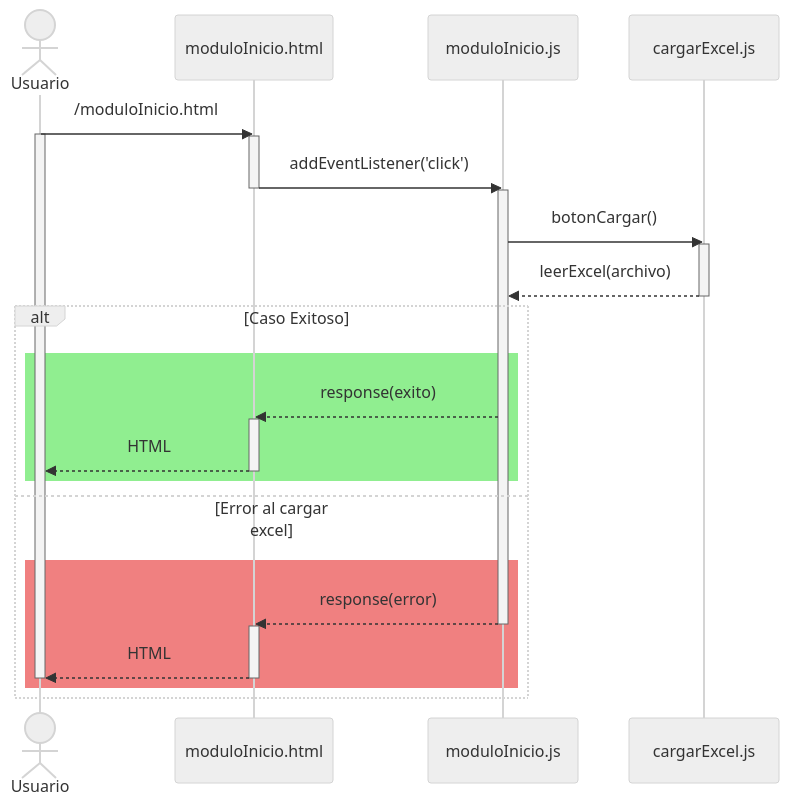
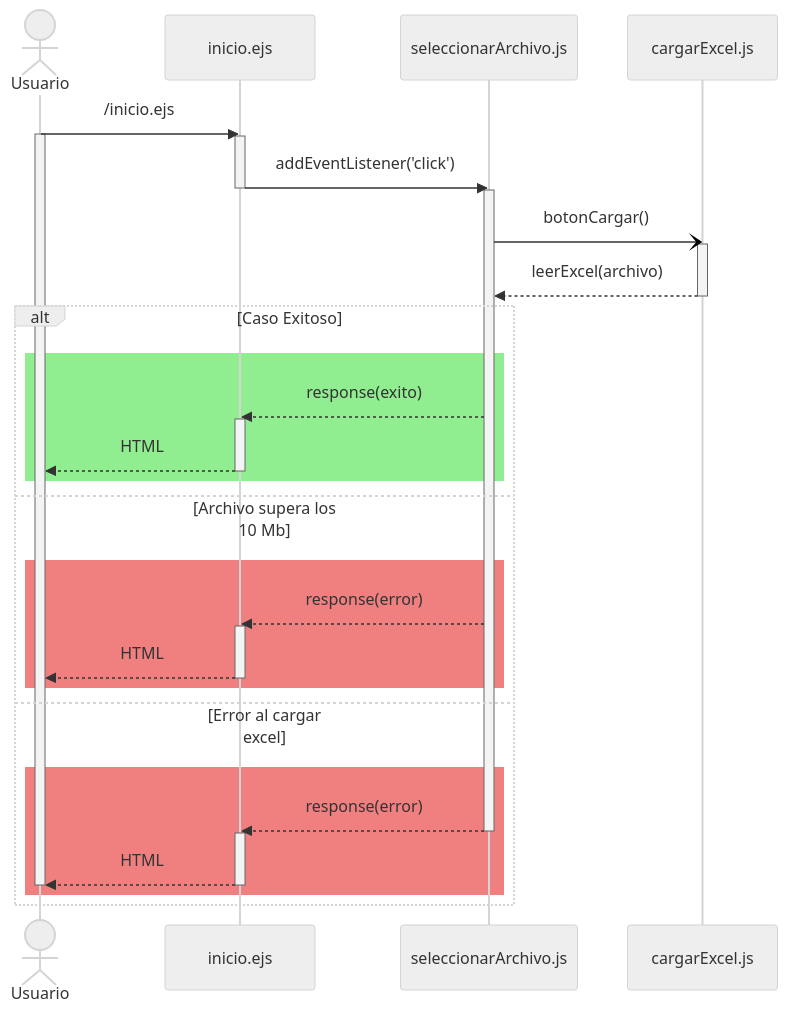
Before and after one commit to CodeAnd-Co/Documentacion: the diagram in documentation/docs/proyectos/tractores/documentacion/requisitos/HU6.md, drawn with Mermaid (neutral theme).

Commit message:
Agrecar caso alterno en HU6

````diff
--- a/documentation/docs/proyectos/tractores/documentacion/requisitos/HU6.md
+++ b/documentation/docs/proyectos/tractores/documentacion/requisitos/HU6.md
@@ -24,35 +24,42 @@
 ```mermaid
 sequenceDiagram
     actor Usuario
-    participant vistaInicio as moduloInicio.html
-    participant utilInicio as moduloInicio.js
+    participant vistaInicio as inicio.ejs
+    participant utilInicio as seleccionarArchivo.js
     participant casoUso as cargarExcel.js
 
-    Usuario->>vistaInicio: /moduloInicio.html
+    Usuario->>vistaInicio: /inicio.ejs
     activate Usuario
     activate vistaInicio
     vistaInicio->>utilInicio: addEventListener('click')
     deactivate vistaInicio
     activate utilInicio
-    utilInicio->>casoUso: botonCargar()
+    utilInicio-)casoUso: botonCargar()
     activate casoUso
     casoUso-->>utilInicio: leerExcel(archivo)
     deactivate casoUso
     alt Caso Exitoso
         rect Lightgreen
         utilInicio-->>vistaInicio: response(exito)
+        activate vistaInicio
+        vistaInicio-->>Usuario: HTML
+        deactivate vistaInicio
+        end
+    else Archivo supera los 10 Mb
+        rect Lightcoral
+        utilInicio-->>vistaInicio: response(error)
         activate vistaInicio
         vistaInicio-->>Usuario: HTML
         deactivate vistaInicio
         end
     else Error al cargar excel
         rect Lightcoral
         utilInicio-->>vistaInicio: response(error)
         deactivate utilInicio
         activate vistaInicio
         vistaInicio-->>Usuario: HTML
         deactivate vistaInicio
         deactivate Usuario
         end
     end
 ```
````
